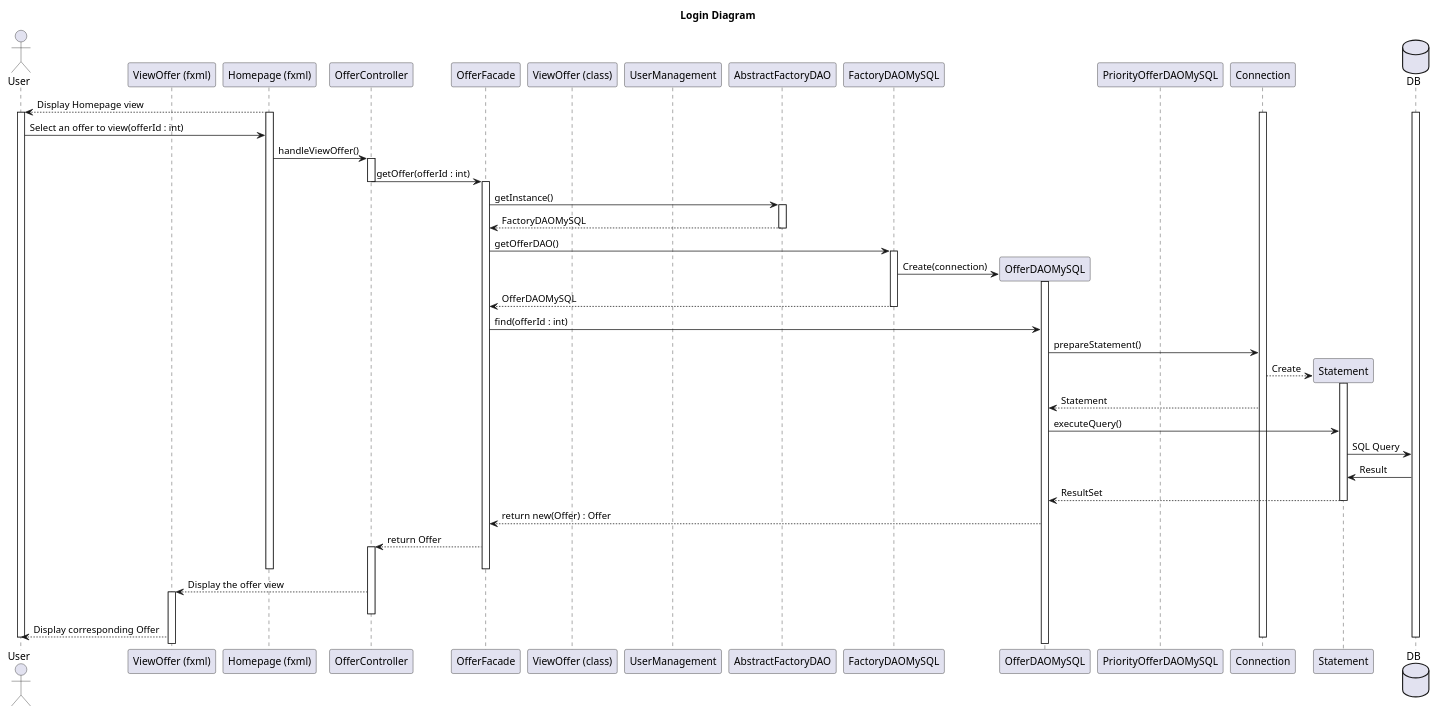
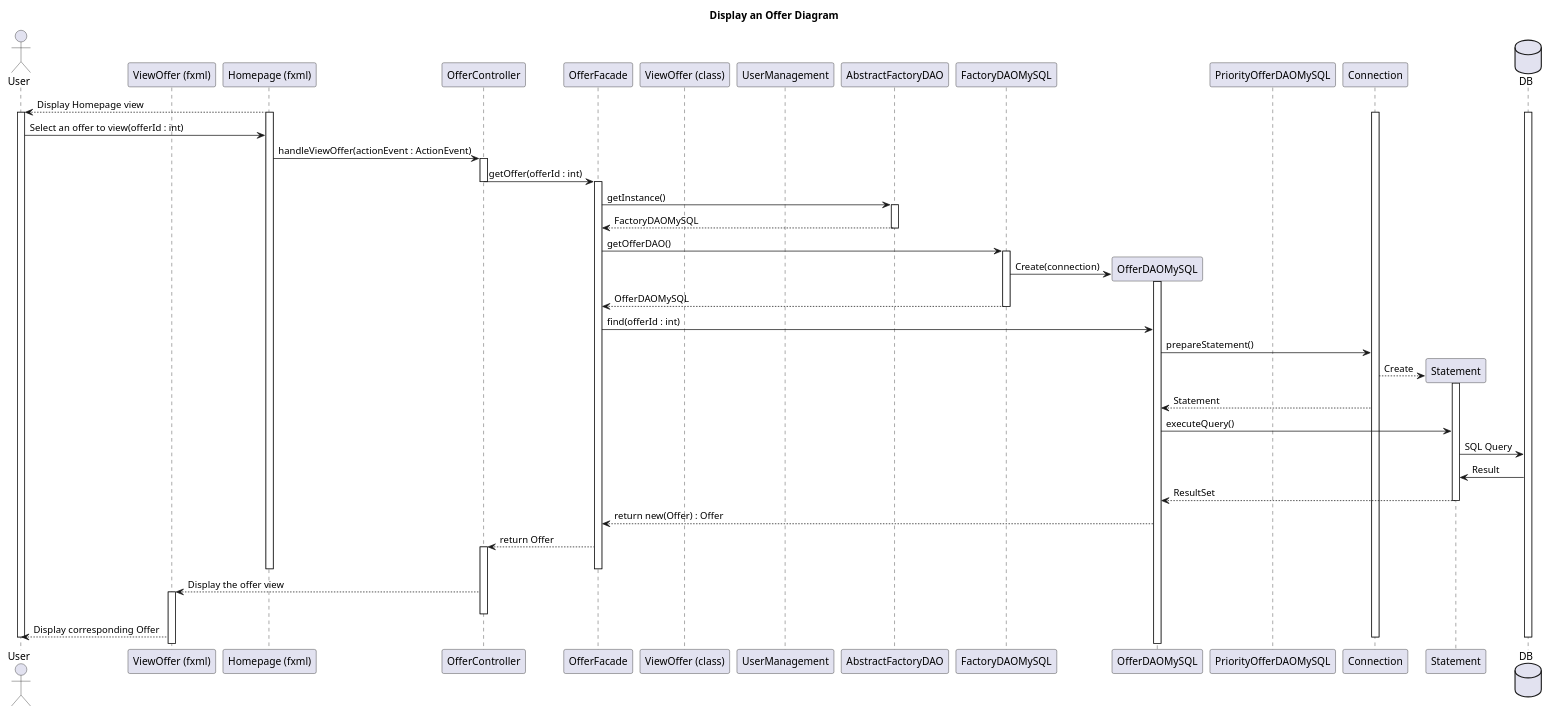
Before and after one commit to LaunoisRemy/ToolShare: the diagram in documents/diagram/offer/displayOfferSequence.puml, drawn with PlantUML. The commit also changed 3 other files, not shown here.

Commit message:
Update Controller on class diagram and sequence for Offer

```diff
--- a/documents/diagram/offer/displayOfferSequence.puml
+++ b/documents/diagram/offer/displayOfferSequence.puml
@@ -1,105 +1,105 @@
 @startuml
-title Login Diagram
+title Display an Offer Diagram
 
 actor User
 participant "ViewOffer (fxml)"
 participant "Homepage (fxml)"
 participant OfferController
 participant OfferFacade
 participant "ViewOffer (class)"
 participant UserManagement
 participant AbstractFactoryDAO
 participant FactoryDAOMySQL
 participant OfferDAOMySQL
 participant PriorityOfferDAOMySQL
 participant Connection
 participant Statement
 database DB
 
 
 "Homepage (fxml)"-->User: Display Homepage view
 
 activate "Homepage (fxml)"
 activate User
 activate DB
 activate Connection
 
 User->"Homepage (fxml)":Select an offer to view(offerId : int)
 
-"Homepage (fxml)"->OfferController: handleViewOffer()
+"Homepage (fxml)"->OfferController: handleViewOffer(actionEvent : ActionEvent)
 
 activate OfferController
 
 OfferController->OfferFacade:getOffer(offerId : int)
 
 deactivate OfferController
 
 activate OfferFacade
 
 OfferFacade->AbstractFactoryDAO:getInstance()
 activate AbstractFactoryDAO
 
 
 
 
 
 
 
 
 
 
 AbstractFactoryDAO--> OfferFacade : FactoryDAOMySQL
 deactivate AbstractFactoryDAO
 
 OfferFacade -> FactoryDAOMySQL:getOfferDAO()
 
 activate FactoryDAOMySQL
 
 FactoryDAOMySQL->OfferDAOMySQL **:Create(connection)
 
 activate OfferDAOMySQL
 FactoryDAOMySQL-->OfferFacade:OfferDAOMySQL
 
 deactivate FactoryDAOMySQL
 
 OfferFacade->OfferDAOMySQL: find(offerId : int)
 
 OfferDAOMySQL->Connection: prepareStatement()
 
 Connection-->Statement **: Create
 
 activate Statement
 
 Connection-->OfferDAOMySQL: Statement
 
 
 OfferDAOMySQL->Statement:executeQuery()
 
 Statement->DB: SQL Query
 
 DB->Statement:Result
 
 Statement-->OfferDAOMySQL: ResultSet
 
 deactivate Statement
 
 OfferDAOMySQL-->OfferFacade: return new(Offer) : Offer
 
 OfferFacade-->OfferController : return Offer
 activate OfferController
 
 deactivate OfferFacade
 deactivate "Homepage (fxml)"
 
 OfferController-->"ViewOffer (fxml)": Display the offer view
 activate "ViewOffer (fxml)"
 
 deactivate OfferController
 
 "ViewOffer (fxml)"-->User: Display corresponding Offer
 deactivate Connection
 deactivate DB
 deactivate UserManagement
 deactivate User
 
 @enduml
```
